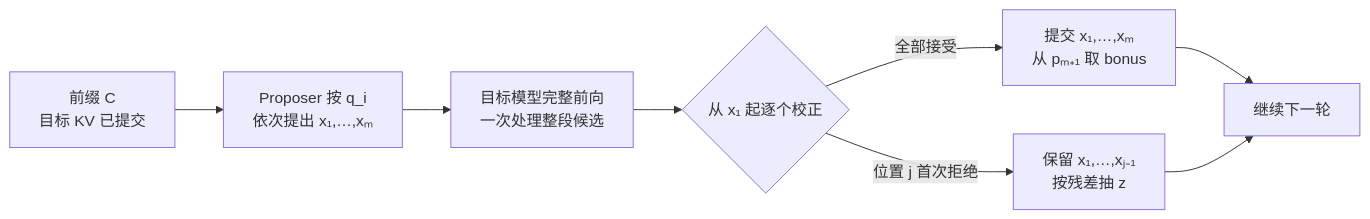
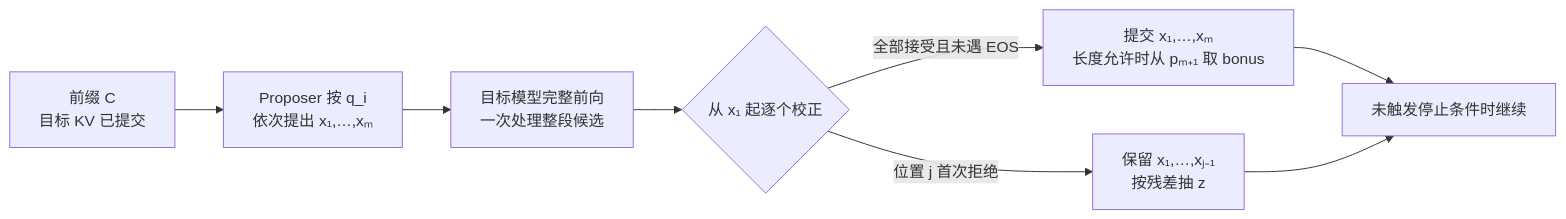
The second of 2 diagrams in ai-engineering/systems/llm-serving-and-kv-cache.md (Negronii/MyNotes), drawn with Mermaid before and after one commit. The commit also changed other lines of this file and 26 other files, not shown here.

Commit message:
Clarify AI architecture scope and strengthen reader-focused review

````diff
--- a/ai-engineering/systems/llm-serving-and-kv-cache.md
+++ b/ai-engineering/systems/llm-serving-and-kv-cache.md
@@ -107,10 +107,10 @@
 ```mermaid
 flowchart LR
     C["前缀 C<br/>目标 KV 已提交"] --> D["Proposer 按 q_i<br/>依次提出 x₁,…,xₘ"]
     D --> V["目标模型完整前向<br/>一次处理整段候选"]
     V --> A{"从 x₁ 起逐个校正"}
-    A -->|全部接受| B["提交 x₁,…,xₘ<br/>从 pₘ₊₁ 取 bonus"]
+    A -->|全部接受且未遇 EOS| B["提交 x₁,…,xₘ<br/>长度允许时从 pₘ₊₁ 取 bonus"]
     A -->|位置 j 首次拒绝| R["保留 x₁,…,xⱼ₋₁<br/>按残差抽 z"]
-    B --> N["继续下一轮"]
+    B --> N["未触发停止条件时继续"]
     R --> N
 ```
````
